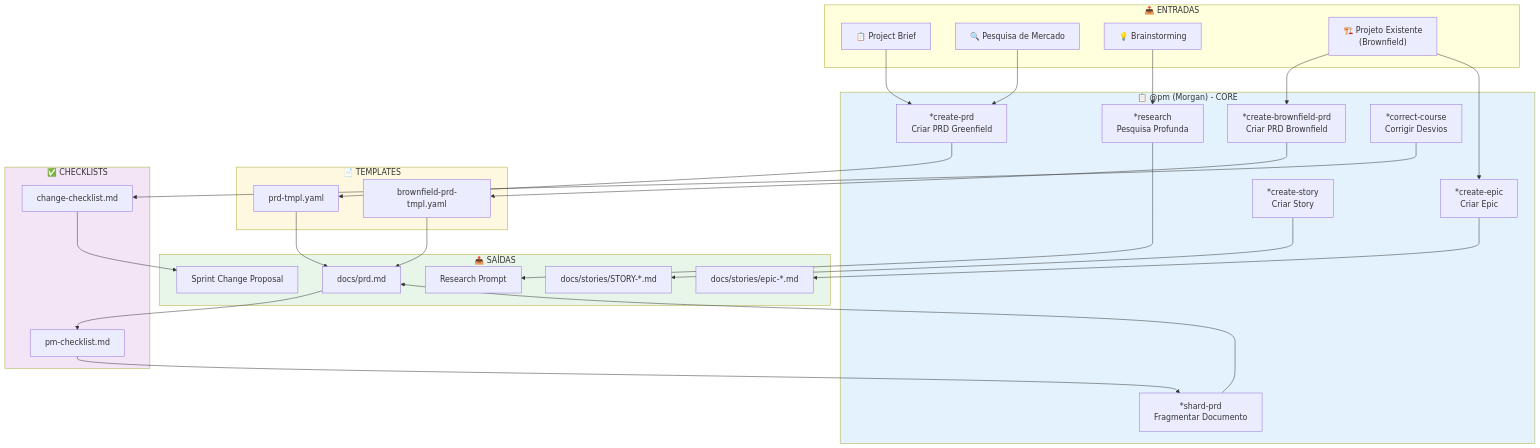
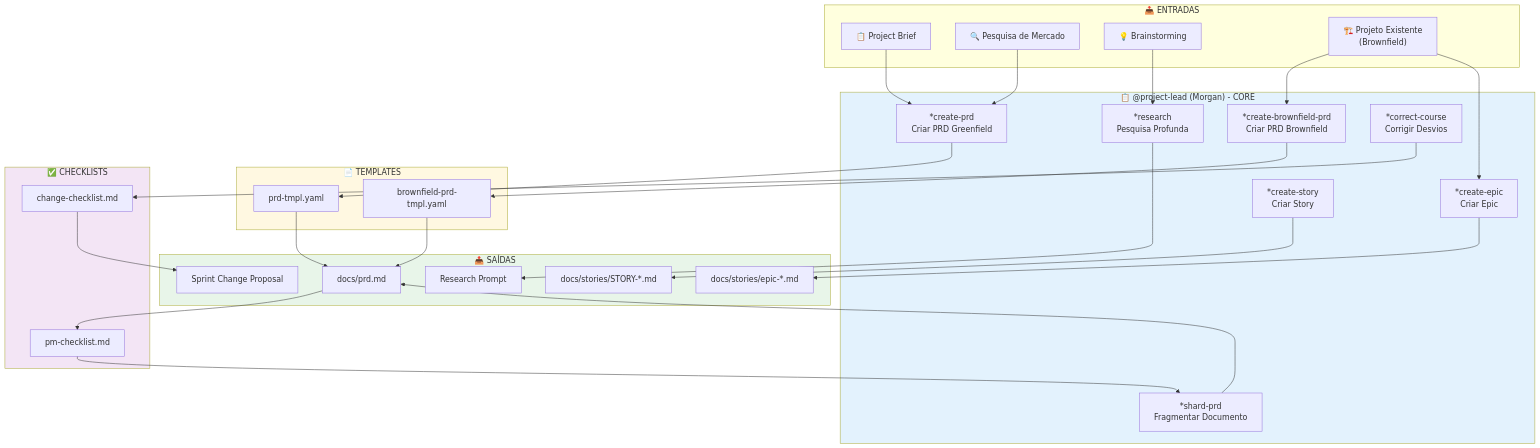
Before and after one commit to caioimori/sinapse-ai: the first of 8 diagrams in docs/sinapse-agent-flows/pm-system.md, drawn with Mermaid. The commit also changed other lines of this file and 873 other files, not shown here.

````diff
--- a/docs/sinapse-agent-flows/pm-system.md
+++ b/docs/sinapse-agent-flows/pm-system.md
@@ -82,62 +82,62 @@
 ```mermaid
 flowchart TB
     subgraph INPUTS["📥 ENTRADAS"]
         BRIEF["📋 Project Brief"]
         RESEARCH["🔍 Pesquisa de Mercado"]
         BRAINSTORM["💡 Brainstorming"]
         EXISTING["🏗️ Projeto Existente<br/>(Brownfield)"]
     end
 
-    subgraph PM_CORE["📋 @pm (Morgan) - CORE"]
+    subgraph PM_CORE["📋 @project-lead (Morgan) - CORE"]
         CREATE_PRD["*create-prd<br/>Criar PRD Greenfield"]
         CREATE_BF_PRD["*create-brownfield-prd<br/>Criar PRD Brownfield"]
         CREATE_EPIC["*create-epic<br/>Criar Epic"]
         CREATE_STORY["*create-story<br/>Criar Story"]
         RESEARCH_CMD["*research<br/>Pesquisa Profunda"]
         CORRECT["*correct-course<br/>Corrigir Desvios"]
         SHARD["*shard-prd<br/>Fragmentar Documento"]
     end
 
     subgraph TEMPLATES["📄 TEMPLATES"]
         PRD_TMPL["prd-tmpl.yaml"]
         BF_PRD_TMPL["brownfield-prd-tmpl.yaml"]
     end
 
     subgraph CHECKLISTS["✅ CHECKLISTS"]
         PM_CHECK["pm-checklist.md"]
         CHANGE_CHECK["change-checklist.md"]
     end
 
     subgraph OUTPUTS["📤 SAÍDAS"]
         PRD["docs/prd.md"]
         EPICS["docs/stories/epic-*.md"]
         STORIES["docs/stories/STORY-*.md"]
         RESEARCH_OUT["Research Prompt"]
         CHANGE_PROPOSAL["Sprint Change Proposal"]
     end
 
     BRIEF --> CREATE_PRD
     RESEARCH --> CREATE_PRD
     BRAINSTORM --> RESEARCH_CMD
     EXISTING --> CREATE_BF_PRD
     EXISTING --> CREATE_EPIC
 
     CREATE_PRD --> PRD_TMPL
     CREATE_BF_PRD --> BF_PRD_TMPL
     PRD_TMPL --> PRD
     BF_PRD_TMPL --> PRD
     PRD --> PM_CHECK
     PM_CHECK --> SHARD
 
     CREATE_EPIC --> EPICS
     CREATE_STORY --> STORIES
     RESEARCH_CMD --> RESEARCH_OUT
     CORRECT --> CHANGE_CHECK
     CHANGE_CHECK --> CHANGE_PROPOSAL
     SHARD --> PRD
 
     style PM_CORE fill:#e3f2fd
     style TEMPLATES fill:#fff8e1
     style CHECKLISTS fill:#f3e5f5
     style OUTPUTS fill:#e8f5e9
 ```
````
